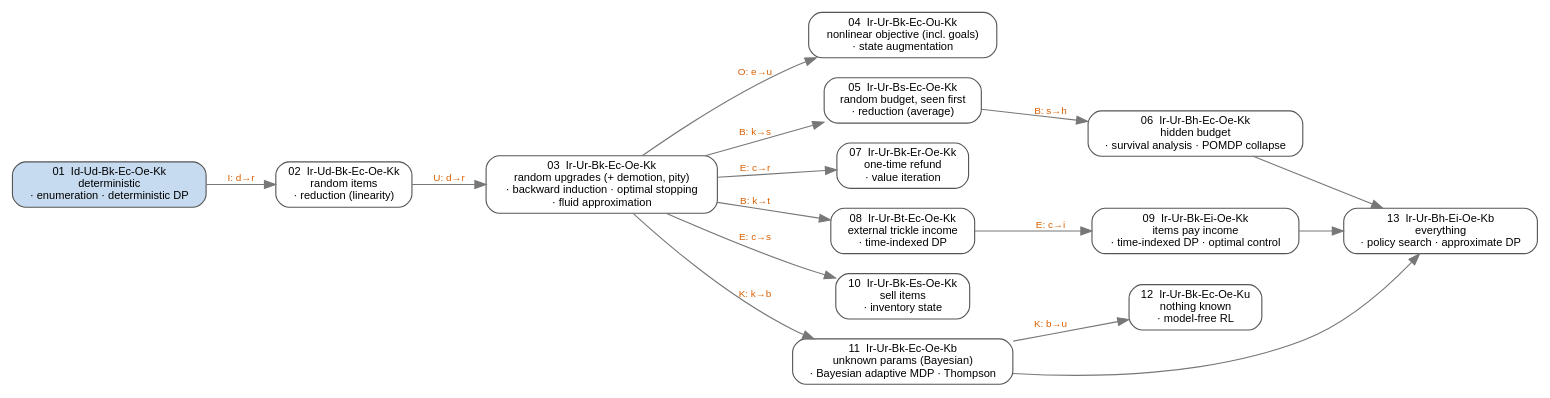
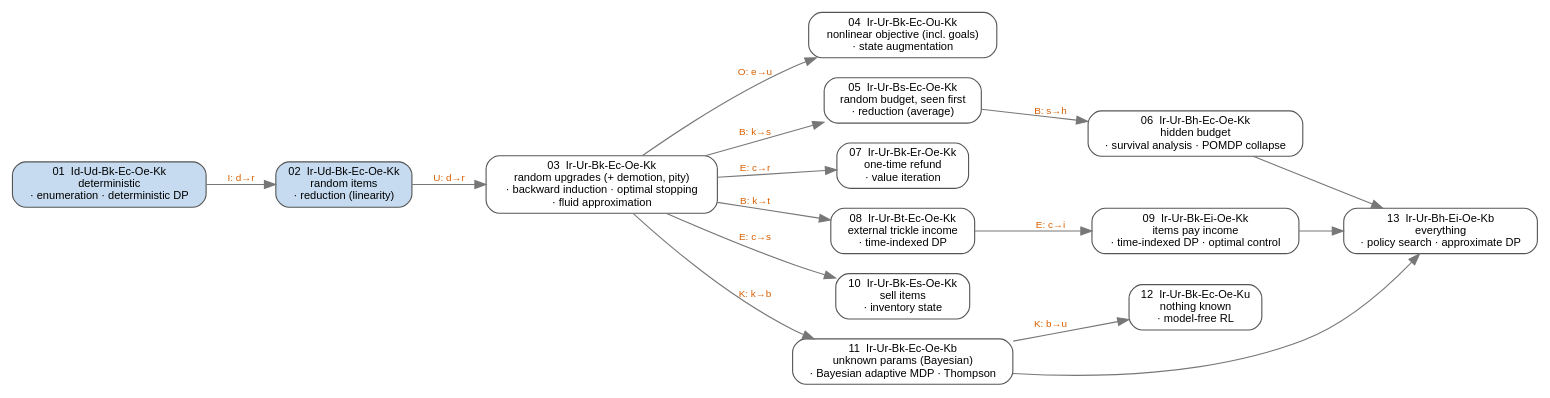
One commit to ssarkar2/notes changed the diagram in probability/sequential_decision_making_under_uncertainty/figures/ladder_map.dot. Above: the diagram before and after it, drawn with Graphviz. The commit also changed 8 other files, not shown here.

```diff
--- a/probability/sequential_decision_making_under_uncertainty/figures/ladder_map.dot
+++ b/probability/sequential_decision_making_under_uncertainty/figures/ladder_map.dot
@@ -1,36 +1,36 @@
 // Ladder of problems: each edge = one axis loosened. Filled = built, white = planned.
 // Build: ./build.sh
 digraph ladder {
   rankdir=LR;
   graph [fontname="Helvetica", fontsize=11, nodesep=0.25, ranksep=0.5, bgcolor="white"];
   node  [shape=box, style="rounded,filled", fontname="Helvetica", fontsize=10, fillcolor="white", color="#555555"];
   edge  [fontname="Helvetica", fontsize=9, color="#777777", fontcolor="#d95f02"];
 
   // fillcolor "#c6dbef" = built
   p01 [label="01  Id-Ud-Bk-Ec-Oe-Kk\ndeterministic\n· enumeration · deterministic DP", fillcolor="#c6dbef"];
-  p02 [label="02  Ir-Ud-Bk-Ec-Oe-Kk\nrandom items\n· reduction (linearity)"];
+  p02 [label="02  Ir-Ud-Bk-Ec-Oe-Kk\nrandom items\n· reduction (linearity)", fillcolor="#c6dbef"];
   p03 [label="03  Ir-Ur-Bk-Ec-Oe-Kk\nrandom upgrades (+ demotion, pity)\n· backward induction · optimal stopping\n· fluid approximation"];
   p04 [label="04  Ir-Ur-Bk-Ec-Ou-Kk\nnonlinear objective (incl. goals)\n· state augmentation"];
   p05 [label="05  Ir-Ur-Bs-Ec-Oe-Kk\nrandom budget, seen first\n· reduction (average)"];
   p06 [label="06  Ir-Ur-Bh-Ec-Oe-Kk\nhidden budget\n· survival analysis · POMDP collapse"];
   p07 [label="07  Ir-Ur-Bk-Er-Oe-Kk\none-time refund\n· value iteration"];
   p08 [label="08  Ir-Ur-Bt-Ec-Oe-Kk\nexternal trickle income\n· time-indexed DP"];
   p09 [label="09  Ir-Ur-Bk-Ei-Oe-Kk\nitems pay income\n· time-indexed DP · optimal control"];
   p10 [label="10  Ir-Ur-Bk-Es-Oe-Kk\nsell items\n· inventory state"];
   p11 [label="11  Ir-Ur-Bk-Ec-Oe-Kb\nunknown params (Bayesian)\n· Bayesian adaptive MDP · Thompson"];
   p12 [label="12  Ir-Ur-Bk-Ec-Oe-Ku\nnothing known\n· model-free RL"];
   p13 [label="13  Ir-Ur-Bh-Ei-Oe-Kb\neverything\n· policy search · approximate DP"];
 
   p01 -> p02 [label="I: d→r"];
   p02 -> p03 [label="U: d→r"];
   p03 -> p04 [label="O: e→u"];
   p03 -> p05 [label="B: k→s"];
   p05 -> p06 [label="B: s→h"];
   p03 -> p07 [label="E: c→r"];
   p03 -> p08 [label="B: k→t"];
   p08 -> p09 [label="E: c→i"];
   p03 -> p10 [label="E: c→s"];
   p03 -> p11 [label="K: k→b"];
   p11 -> p12 [label="K: b→u"];
   p06 -> p13; p09 -> p13; p11 -> p13;
 }
```
